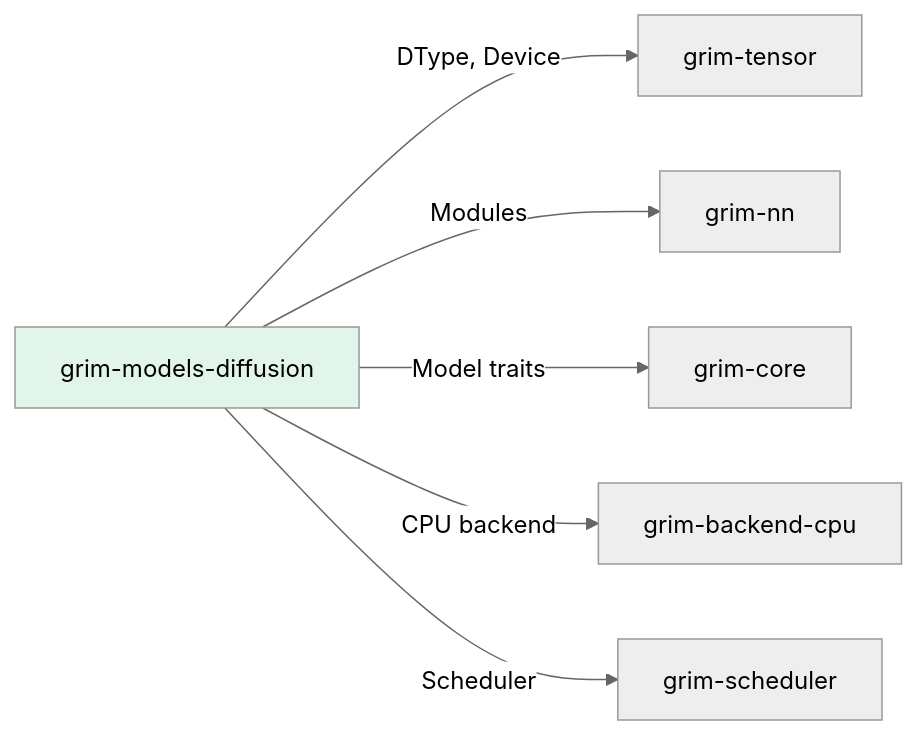
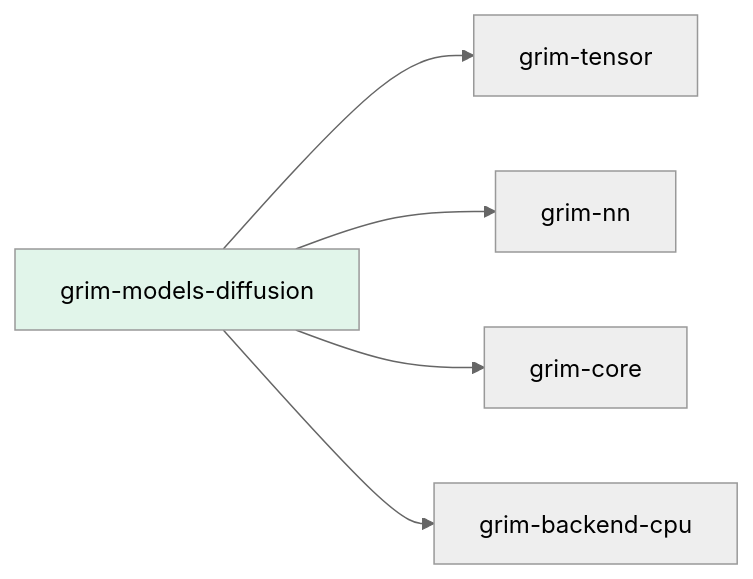
One commit to sydonayrex/grim changed the diagram in crates/grim-models/diffusion/README.md. Above: the diagram before and after it, drawn with Mermaid (neutral theme). The commit also changed other lines of this file and 55 other files, not shown here.

````diff
--- a/crates/grim-models/diffusion/README.md
+++ b/crates/grim-models/diffusion/README.md
@@ -20,10 +17,9 @@
 ```mermaid
 graph LR
-    A[grim-models-diffusion] -->|DType, Device| B[grim-tensor]
-    A -->|Modules| C[grim-nn]
-    A -->|Model traits| D[grim-core]
-    A -->|CPU backend| E[grim-backend-cpu]
-    A -->|Scheduler| F[grim-scheduler]
-    
+    A[grim-models-diffusion] --> B[grim-tensor]
+    A --> C[grim-nn]
+    A --> D[grim-core]
+    A --> E[grim-backend-cpu]
+
     style A fill:#e1f5ea
 ```
````
